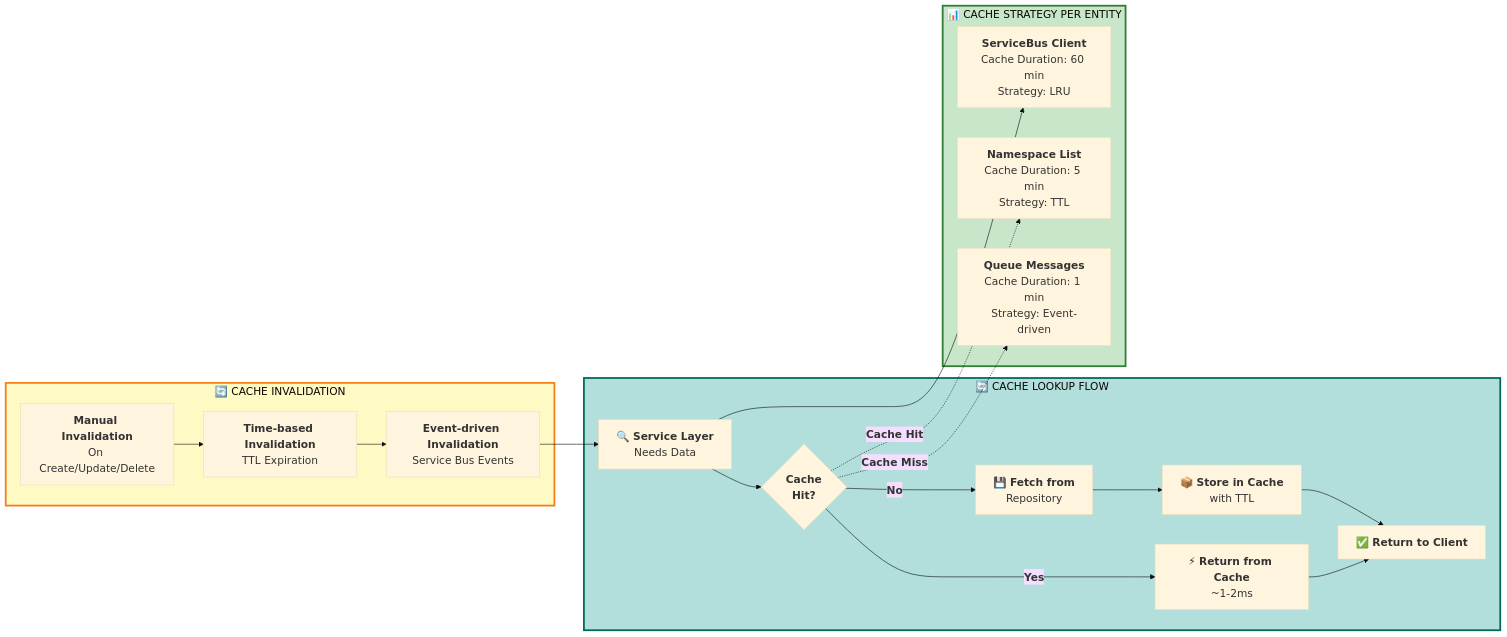
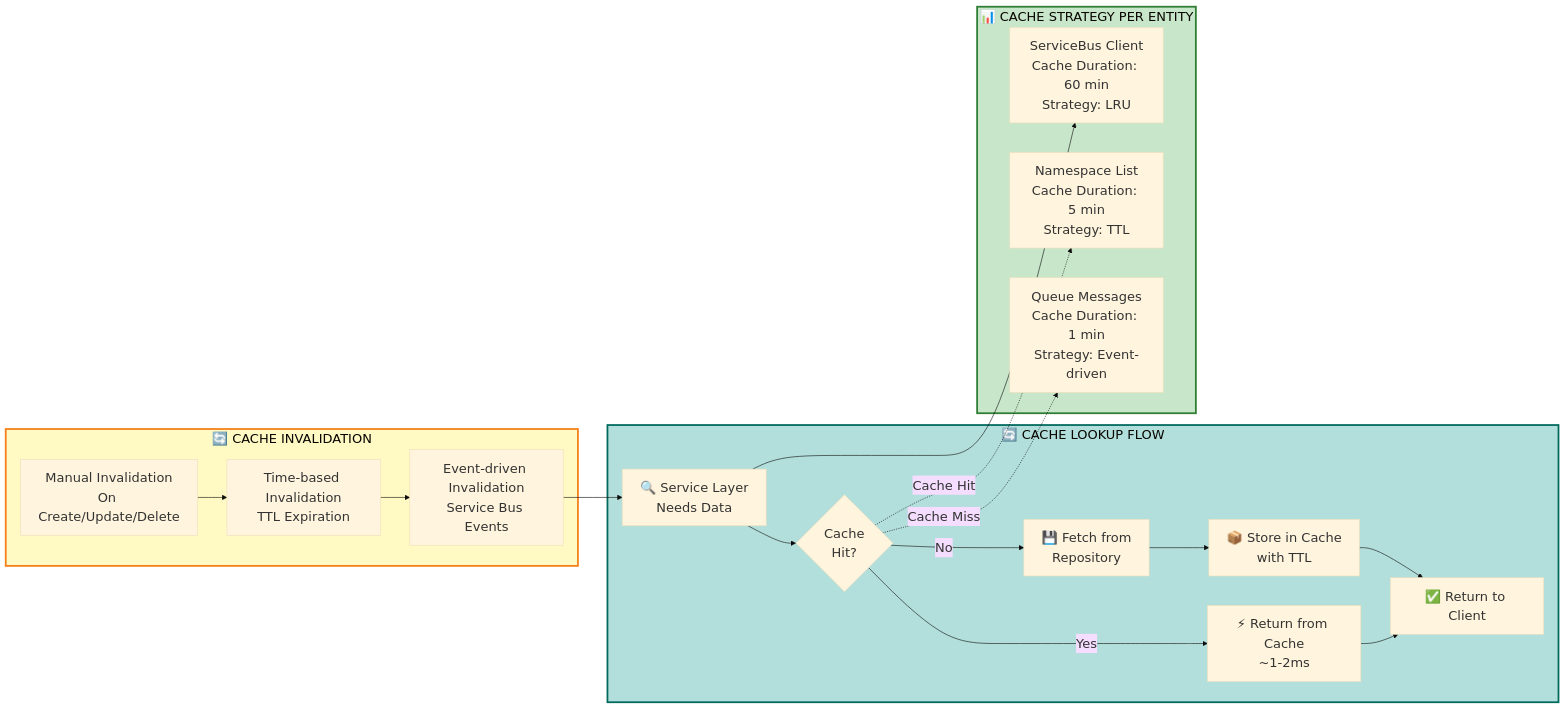
Before and after one commit to debdevops/servicehub: the tenth of 12 diagrams in services/api/ARCHITECTURE.md, drawn with Mermaid. The commit also changed other lines of this file and 1 other file, not shown here.

````diff
--- a/services/api/ARCHITECTURE.md
+++ b/services/api/ARCHITECTURE.md
@@ -555,35 +555,35 @@
 ```mermaid
-%%{init: {'theme':'base', 'themeVariables': { 'fontSize':'18px'}}}%%
+%%{init: {'theme':'base', 'themeVariables': { 'fontSize':'22px'}}}%%
 graph LR
     subgraph Request_Flow["🔄 CACHE LOOKUP FLOW"]
-        A["🔍 <b>Service Layer</b><br/>Needs Data"] --> B{<b>Cache<br/>Hit?</b>}
-        B -->|<b>Yes</b>| C["⚡ <b>Return from Cache</b><br/>~1-2ms"]
-        B -->|<b>No</b>| D["💾 <b>Fetch from</b><br/>Repository"]
-        D --> E["📦 <b>Store in Cache</b><br/>with TTL"]
-        E --> F["✅ <b>Return to Client</b>"]
+        A["🔍 Service Layer<br/>Needs Data"] --> B{Cache<br/>Hit?}
+        B -->|Yes| C["⚡ Return from Cache<br/>~1-2ms"]
+        B -->|No| D["💾 Fetch from<br/>Repository"]
+        D --> E["📦 Store in Cache<br/>with TTL"]
+        E --> F["✅ Return to Client"]
         C --> F
     end
 
     subgraph Cache_Types["📊 CACHE STRATEGY PER ENTITY"]
-        G["<b>ServiceBus Client</b><br/>Cache Duration: 60 min<br/>Strategy: LRU"]
-        H["<b>Namespace List</b><br/>Cache Duration: 5 min<br/>Strategy: TTL"]
-        I["<b>Queue Messages</b><br/>Cache Duration: 1 min<br/>Strategy: Event-driven"]
+        G["ServiceBus Client<br/>Cache Duration: 60 min<br/>Strategy: LRU"]
+        H["Namespace List<br/>Cache Duration: 5 min<br/>Strategy: TTL"]
+        I["Queue Messages<br/>Cache Duration: 1 min<br/>Strategy: Event-driven"]
     end
 
     subgraph Invalidation["🔄 CACHE INVALIDATION"]
-        J["<b>Manual Invalidation</b><br/>On Create/Update/Delete"]
-        K["<b>Time-based Invalidation</b><br/>TTL Expiration"]
-        L["<b>Event-driven Invalidation</b><br/>Service Bus Events"]
+        J["Manual Invalidation<br/>On Create/Update/Delete"]
+        K["Time-based Invalidation<br/>TTL Expiration"]
+        L["Event-driven Invalidation<br/>Service Bus Events"]
     end
 
     A --> G
-    B -.->|"<b>Cache Hit</b>"| H
-    B -.->|"<b>Cache Miss</b>"| I
+    B -.->|"Cache Hit"| H
+    B -.->|"Cache Miss"| I
     J --> K
     K --> L
     L --> A
 
     style Request_Flow fill:#b2dfdb,stroke:#00695c,stroke-width:3px
     style Cache_Types fill:#c8e6c9,stroke:#2e7d32,stroke-width:3px
     style Invalidation fill:#fff9c4,stroke:#f57f17,stroke-width:3px
 ```
````
